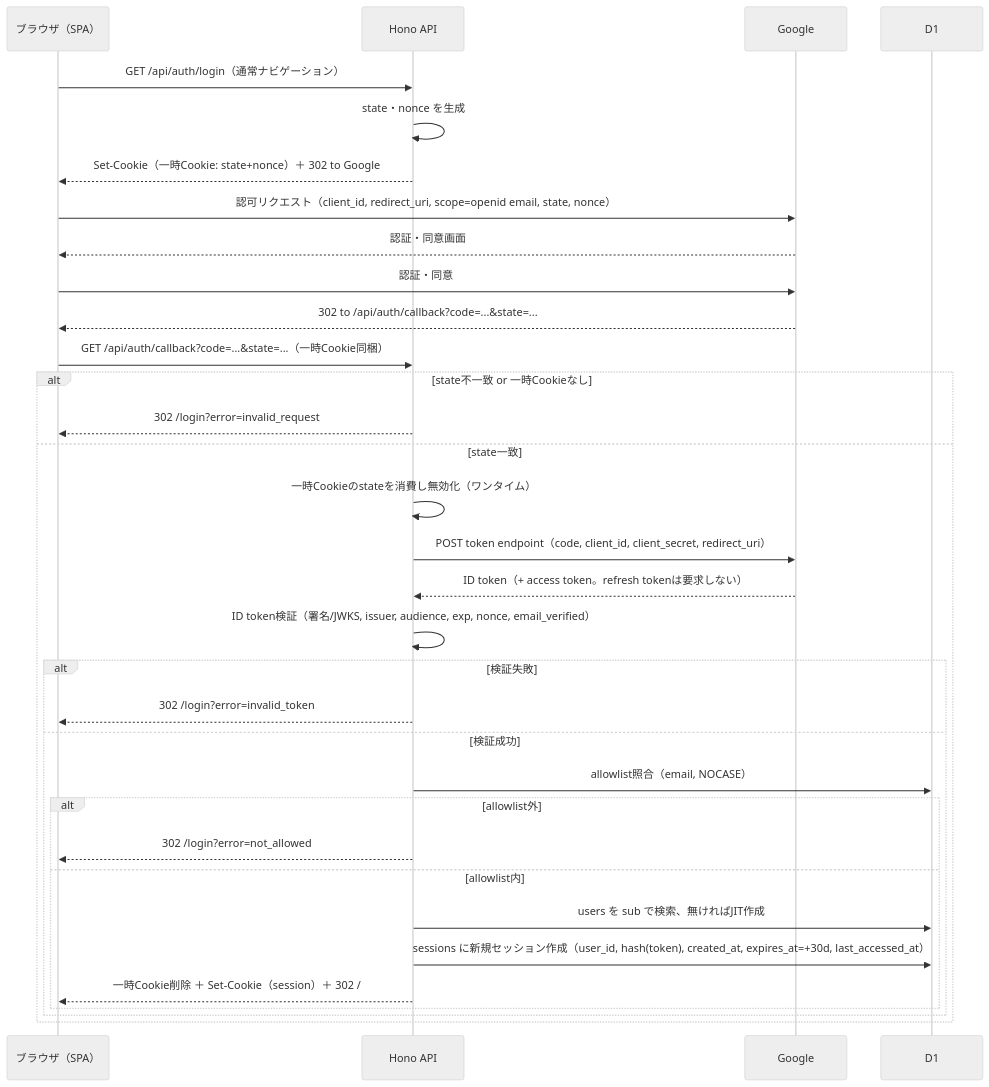
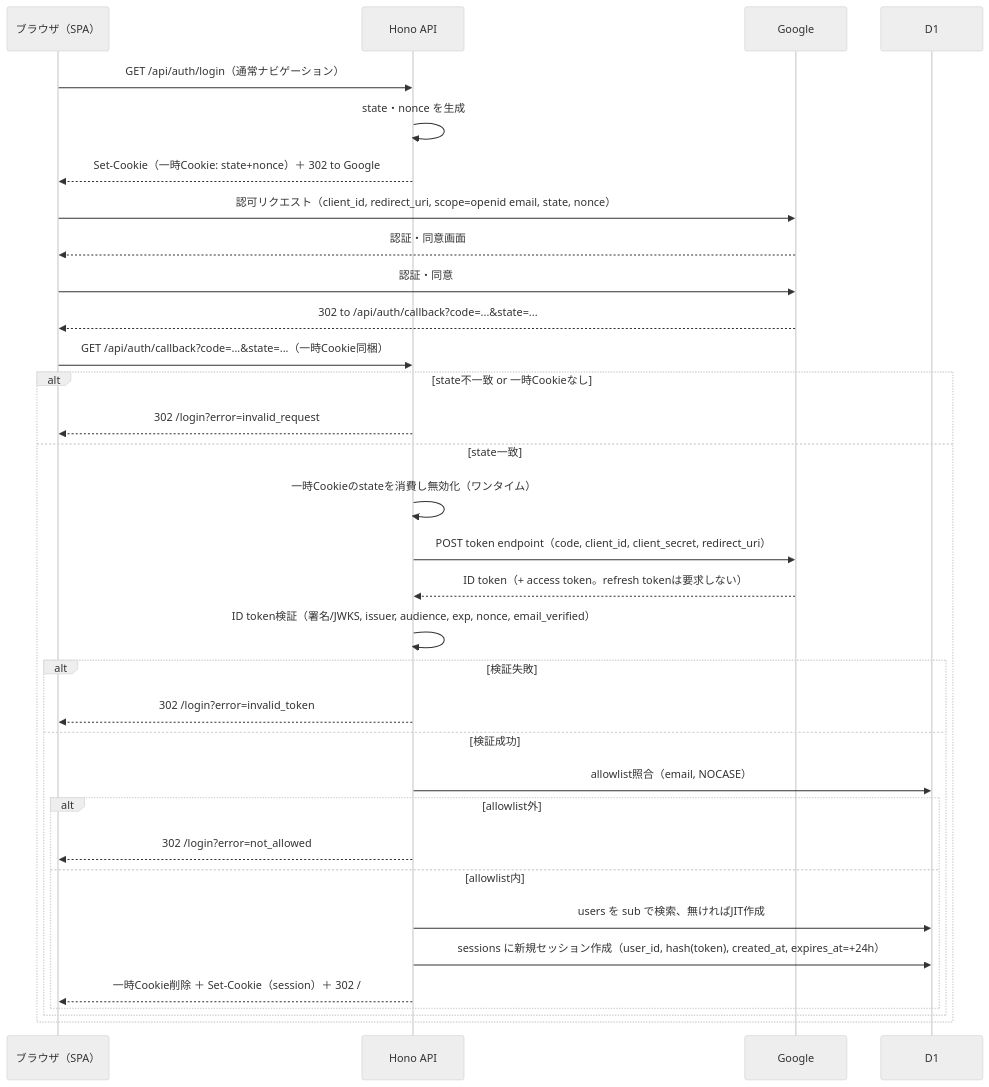
One commit to akitouchiyama/GainLog changed the second of 2 diagrams in docs/Design/Basic/auth.md. Above: the diagram before and after it, drawn with Mermaid (neutral theme). The commit also changed other lines of this file and 5 other files, not shown here.

````diff
--- a/docs/Design/Basic/auth.md
+++ b/docs/Design/Basic/auth.md
@@ -54,37 +54,37 @@
 ```mermaid
 sequenceDiagram
     participant Browser as ブラウザ（SPA）
     participant Hono as Hono API
     participant Google as Google
     participant D1 as D1
 
     Browser->>Hono: GET /api/auth/login（通常ナビゲーション）
     Hono->>Hono: state・nonce を生成
     Hono-->>Browser: Set-Cookie（一時Cookie: state+nonce）＋ 302 to Google
     Browser->>Google: 認可リクエスト（client_id, redirect_uri, scope=openid email, state, nonce）
     Google-->>Browser: 認証・同意画面
     Browser->>Google: 認証・同意
     Google-->>Browser: 302 to /api/auth/callback?code=...&state=...
     Browser->>Hono: GET /api/auth/callback?code=...&state=...（一時Cookie同梱）
 
     alt state不一致 or 一時Cookieなし
         Hono-->>Browser: 302 /login?error=invalid_request
     else state一致
         Hono->>Hono: 一時Cookieのstateを消費し無効化（ワンタイム）
         Hono->>Google: POST token endpoint（code, client_id, client_secret, redirect_uri）
         Google-->>Hono: ID token（+ access token。refresh tokenは要求しない）
         Hono->>Hono: ID token検証（署名/JWKS, issuer, audience, exp, nonce, email_verified）
         alt 検証失敗
             Hono-->>Browser: 302 /login?error=invalid_token
         else 検証成功
             Hono->>D1: allowlist照合（email, NOCASE）
             alt allowlist外
                 Hono-->>Browser: 302 /login?error=not_allowed
             else allowlist内
                 Hono->>D1: users を sub で検索、無ければJIT作成
-                Hono->>D1: sessions に新規セッション作成（user_id, hash(token), created_at, expires_at=+30d, last_accessed_at）
+                Hono->>D1: sessions に新規セッション作成（user_id, hash(token), created_at, expires_at=+24h）
                 Hono-->>Browser: 一時Cookie削除 ＋ Set-Cookie（session）＋ 302 /
             end
         end
     end
 ```
````
